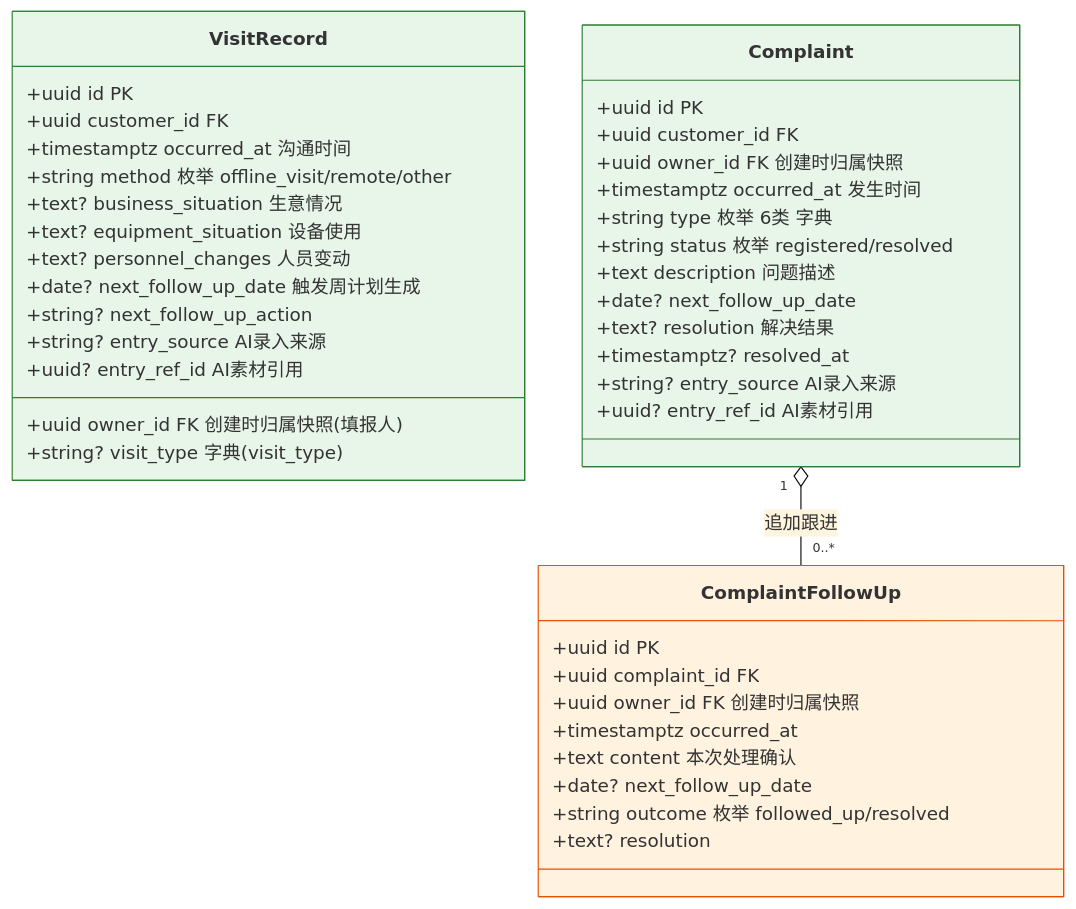
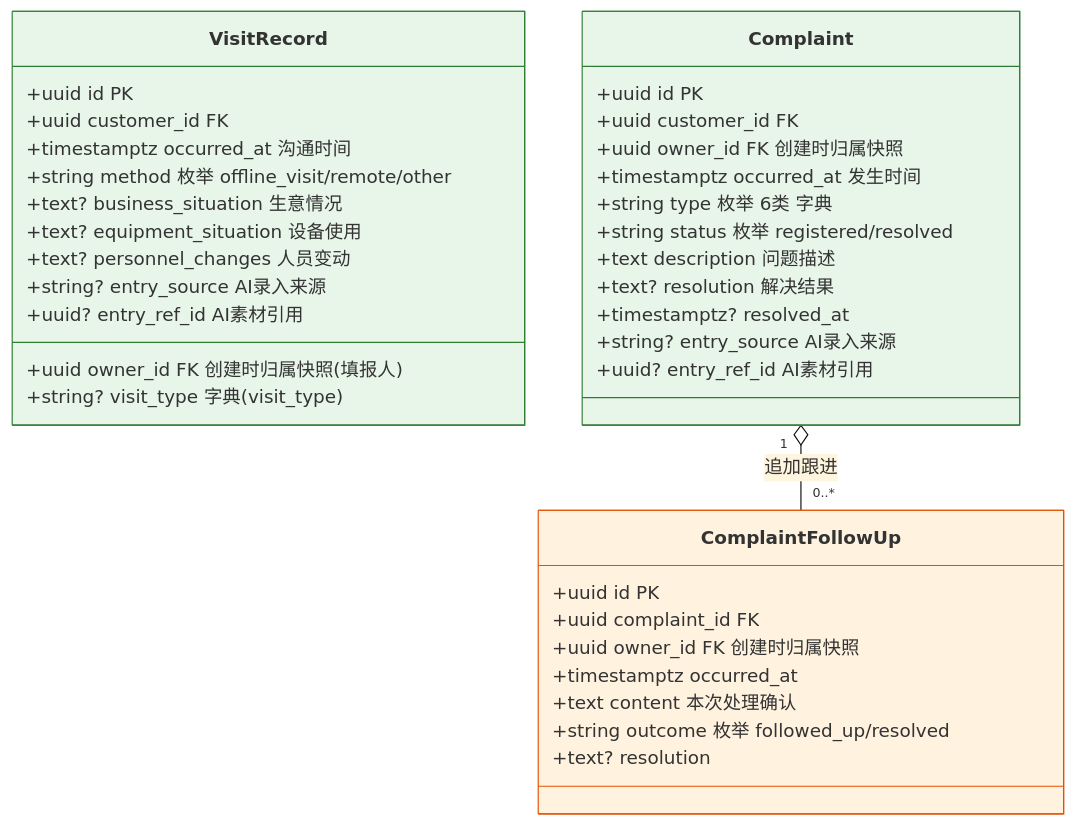
Before and after one commit to lixiname/LITECRM: the third of 26 diagrams in docs/重构架构决策与实施蓝图.md, drawn with Mermaid (base theme). The commit also changed other lines of this file and 8 other files, not shown here.

````diff
--- a/docs/重构架构决策与实施蓝图.md
+++ b/docs/重构架构决策与实施蓝图.md
@@ -495,46 +545,42 @@
 ```mermaid
 classDiagram
     class VisitRecord {
         +uuid id PK
         +uuid customer_id FK
         +uuid owner_id FK 创建时归属快照(填报人)
         +timestamptz occurred_at 沟通时间
         +string method 枚举 offline_visit/remote/other
         +string? visit_type 字典(visit_type)
         +text? business_situation 生意情况
         +text? equipment_situation 设备使用
         +text? personnel_changes 人员变动
-        +date? next_follow_up_date 触发周计划生成
-        +string? next_follow_up_action
         +string? entry_source AI录入来源
         +uuid? entry_ref_id AI素材引用
     }
     class Complaint {
         +uuid id PK
         +uuid customer_id FK
         +uuid owner_id FK 创建时归属快照
         +timestamptz occurred_at 发生时间
         +string type 枚举 6类 字典
         +string status 枚举 registered/resolved
         +text description 问题描述
-        +date? next_follow_up_date
         +text? resolution 解决结果
         +timestamptz? resolved_at
         +string? entry_source AI录入来源
         +uuid? entry_ref_id AI素材引用
     }
     class ComplaintFollowUp {
         +uuid id PK
         +uuid complaint_id FK
         +uuid owner_id FK 创建时归属快照
         +timestamptz occurred_at
         +text content 本次处理确认
-        +date? next_follow_up_date
         +string outcome 枚举 followed_up/resolved
         +text? resolution
     }
     Complaint "1" o-- "0..*" ComplaintFollowUp : 追加跟进
     style VisitRecord fill:#e8f5e9,stroke:#2e7d32
     style Complaint fill:#e8f5e9,stroke:#2e7d32
     style ComplaintFollowUp fill:#fff3e0,stroke:#e65100
 ```
````
